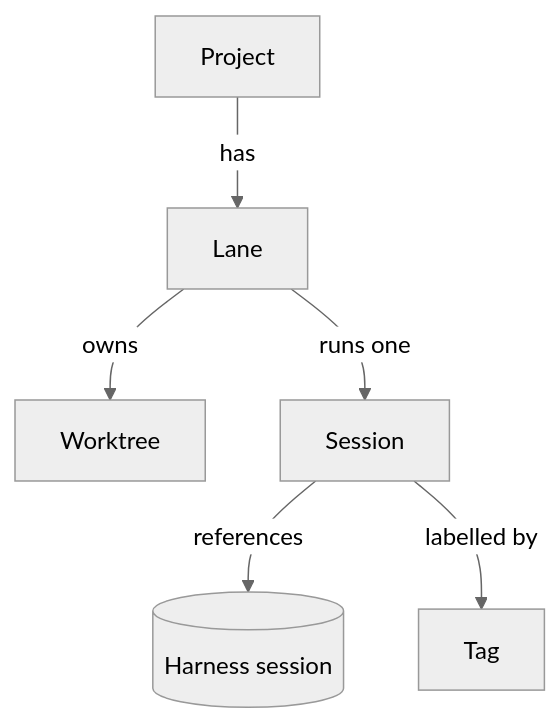
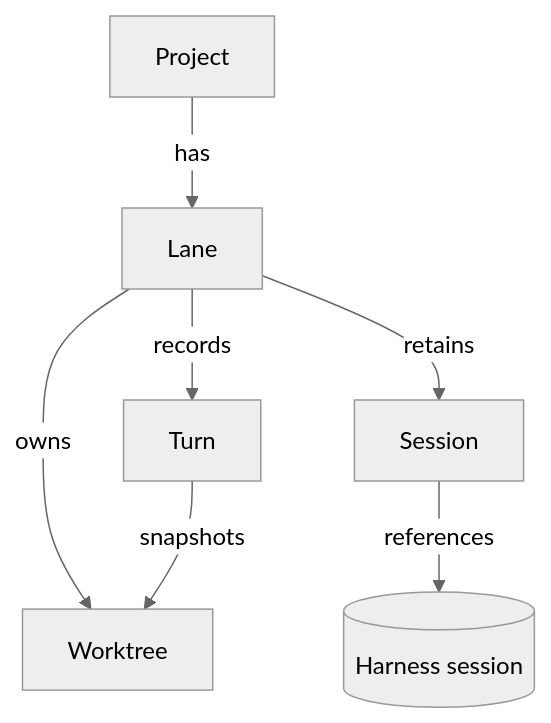
One commit to fbrg141/panoptes changed the diagram in docs/domain-model.md. Above: the diagram before and after it, drawn with Mermaid (neutral theme). The commit also changed other lines of this file and 5 other files, not shown here.

````diff
--- a/docs/domain-model.md
+++ b/docs/domain-model.md
@@ -33,8 +24,9 @@
 ```mermaid
 graph TD
   P[Project] -->|has| L[Lane]
   L -->|owns| W[Worktree]
-  L -->|runs one| S[Session]
+  L -->|retains| S[Session]
   S -->|references| H[(Harness session)]
-  S -->|labelled by| T[Tag]
+  L -->|records| T[Turn]
+  T -->|snapshots| W
 ```
````
